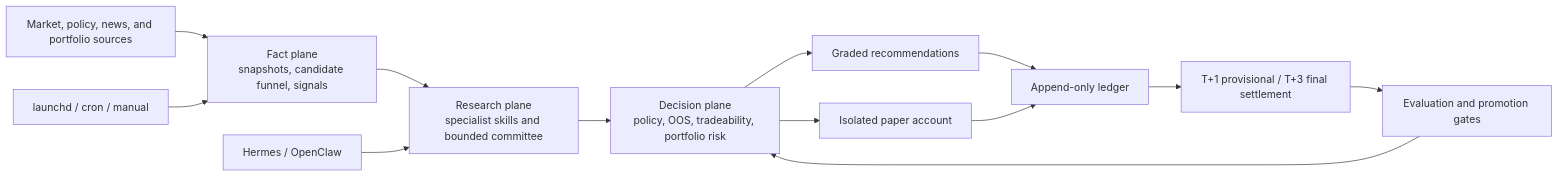
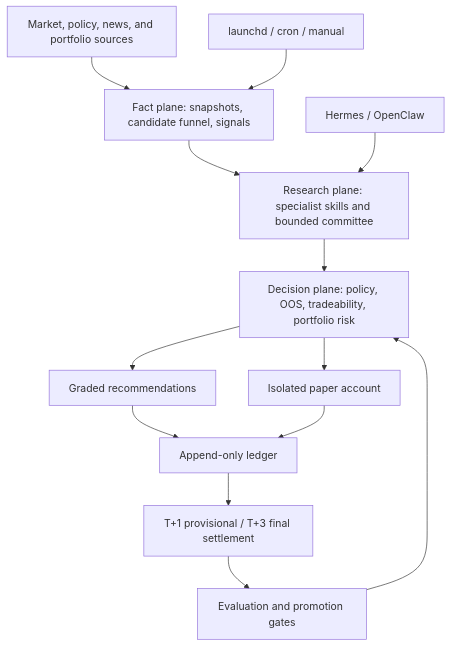
The diagram in README.md (Eleven1111/a-stock-agent-system), drawn with Mermaid before and after one commit. The commit also changed other lines of this file and 2 other files, not shown here.

First line of the commit message:
docs: sync bilingual READMEs with current research and runtime implementation (#340)

````diff
--- a/README.md
+++ b/README.md
@@ -90,15 +90,15 @@
 ```mermaid
-flowchart LR
-    S["Market, policy, news, and portfolio sources"] --> F["Fact plane<br/>snapshots, candidate funnel, signals"]
-    F --> R["Research plane<br/>specialist skills and bounded committee"]
-    R --> D["Decision plane<br/>policy, OOS, tradeability, portfolio risk"]
+flowchart TD
+    S["Market, policy, news, and portfolio sources"] --> F["Fact plane: snapshots, candidate funnel, signals"]
+    F --> R["Research plane: specialist skills and bounded committee"]
+    R --> D["Decision plane: policy, OOS, tradeability, portfolio risk"]
     D --> O["Graded recommendations"]
     D --> P["Isolated paper account"]
     O --> L["Append-only ledger"]
     P --> L
     L --> T["T+1 provisional / T+3 final settlement"]
     T --> E["Evaluation and promotion gates"]
     E --> D
     C["launchd / cron / manual"] --> F
     H["Hermes / OpenClaw"] --> R
 ```
````
